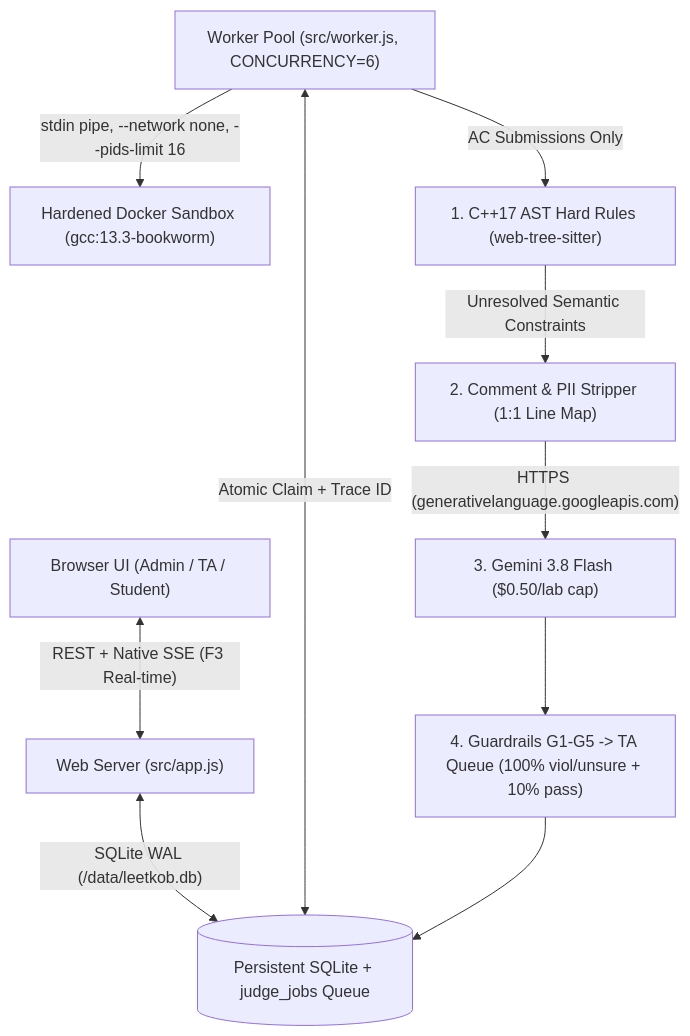
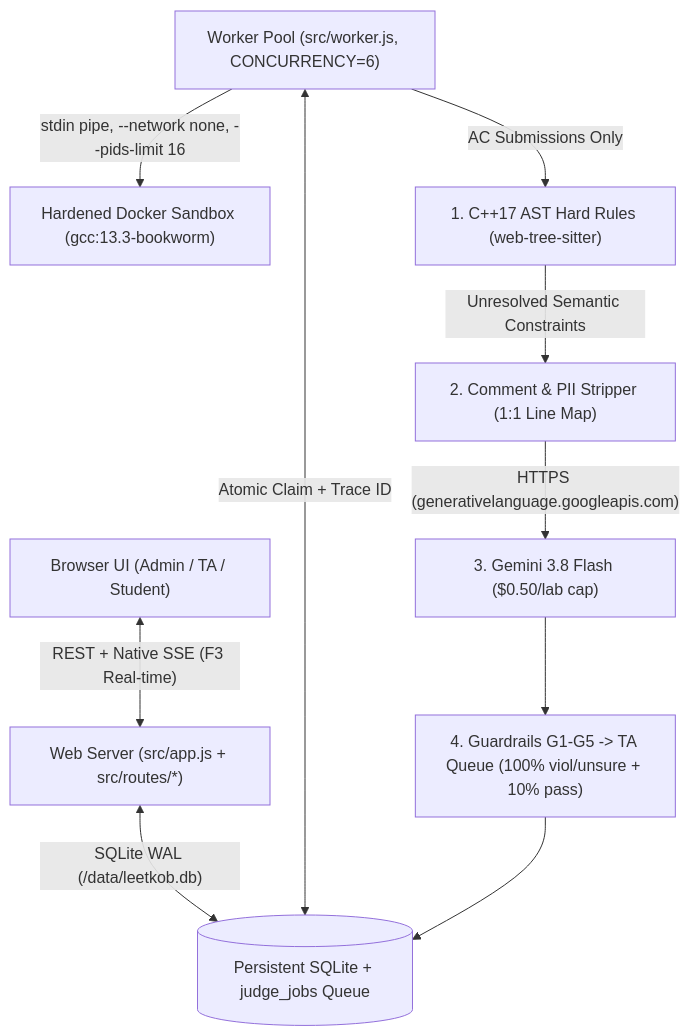
One commit to danhuupham/leetkob changed the second of 2 diagrams in docs/plans/MASTER-PLAN.md. Above: the diagram before and after it, drawn with Mermaid. The commit also changed other lines of this file and 7 other files, not shown here.

````diff
--- a/docs/plans/MASTER-PLAN.md
+++ b/docs/plans/MASTER-PLAN.md
@@ -50,12 +51,12 @@
 ```mermaid
 flowchart TD
-    UI["Browser UI (Admin / TA / Student)"] <-->|"REST + Native SSE (F3 Real-time)"| Web["Web Server (src/app.js)"]
+    UI["Browser UI (Admin / TA / Student)"] <-->|"REST + Native SSE (F3 Real-time)"| Web["Web Server (src/app.js + src/routes/*)"]
     Web <-->|"SQLite WAL (/data/leetkob.db)"| DB[("Persistent SQLite + judge_jobs Queue")]
     Worker["Worker Pool (src/worker.js, CONCURRENCY=6)"] <-->|"Atomic Claim + Trace ID"| DB
     Worker -->|"stdin pipe, --network none, --pids-limit 16"| Sandbox["Hardened Docker Sandbox (gcc:13.3-bookworm)"]
     Worker -->|"AC Submissions Only"| AST["1. C++17 AST Hard Rules (web-tree-sitter)"]
     AST -->|"Unresolved Semantic Constraints"| San["2. Comment & PII Stripper (1:1 Line Map)"]
     San -->|"HTTPS (generativelanguage.googleapis.com)"| LLM["3. Gemini 3.8 Flash ($0.50/lab cap)"]
     LLM --> Guard["4. Guardrails G1-G5 -> TA Queue (100% viol/unsure + 10% pass)"]
     Guard --> DB
 ```
````
